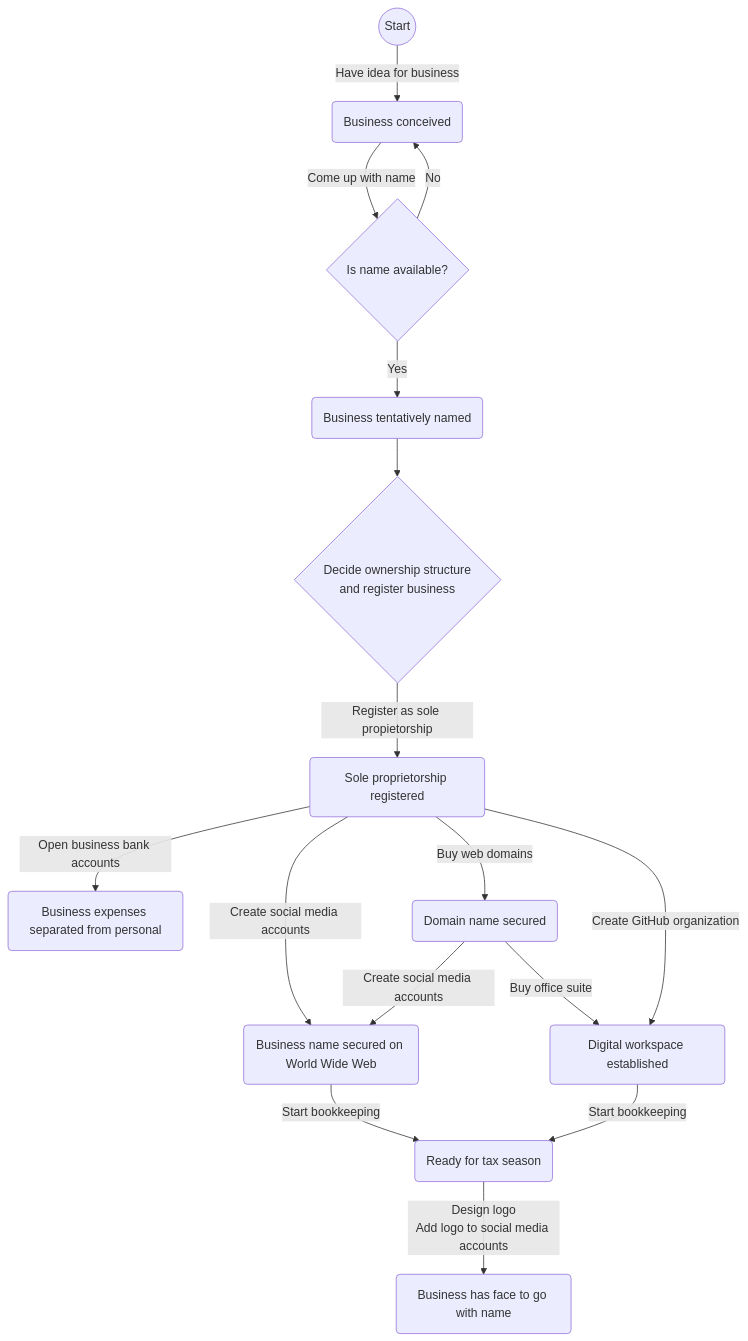
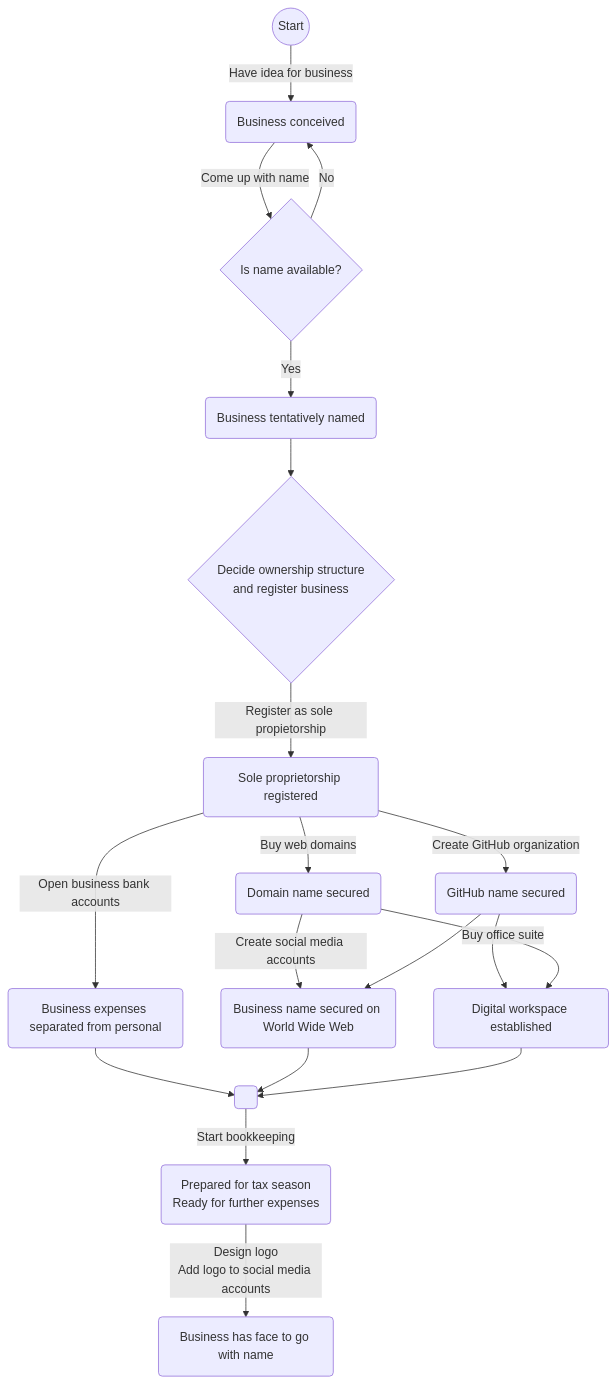
The diagram in bizdev/bizdev.md (OttawaNerdCorp/blog), drawn with Mermaid before and after one commit.

Commit message:
Update graph

````diff
--- a/bizdev/bizdev.md
+++ b/bizdev/bizdev.md
@@ -31,19 +31,27 @@
 ```mermaid
 flowchart TB
     start((Start)) -- Have idea for business --> conceived(Business conceived)
     conceived -- Come up with name --> nameAvailibility
     nameAvailibility{Is name available?}
     nameAvailibility -- Yes --> tentativelyNamed(Business tentatively named)
     nameAvailibility -- No --> conceived
     tentativelyNamed --> ownershipStructure{Decide ownership structure<br>and register business}
     ownershipStructure -- Register as sole propietorship --> solePropRegistered(Sole proprietorship registered)
+
     solePropRegistered -- Open business bank accounts --> separateAccounts(Business expenses separated from personal)
-    solePropRegistered -- Create social media accounts --> nameSecured(Business name secured on World Wide Web)
+    separateAccounts --> _taxReady( )
+    _taxReady -- Start bookkeeping --> taxReady(Prepared for tax season<br>Ready for further expenses)
+
     solePropRegistered -- Buy web domains --> domainSecured(Domain name secured)
-    domainSecured -- Create social media accounts --> nameSecured
+    domainSecured -- Create social media accounts --> nameSecured(Business name secured on World Wide Web)
+    nameSecured --> _taxReady
+
+
+    solePropRegistered -- Create GitHub organization --> gitHubSecured(GitHub name secured)
+    gitHubSecured -->  digitalWorkspace
+    gitHubSecured --> nameSecured
     domainSecured -- Buy office suite --> digitalWorkspace(Digital workspace established)
-    solePropRegistered -- Create GitHub organization --> digitalWorkspace
-    nameSecured -- Start bookkeeping --> taxReady(Ready for tax season)
-    digitalWorkspace -- Start bookkeeping --> taxReady
+
+    digitalWorkspace --> _taxReady
     taxReady -- Design logo<br>Add logo to social media accounts --> hasLogo(Business has face to go with name)
 ```
````
